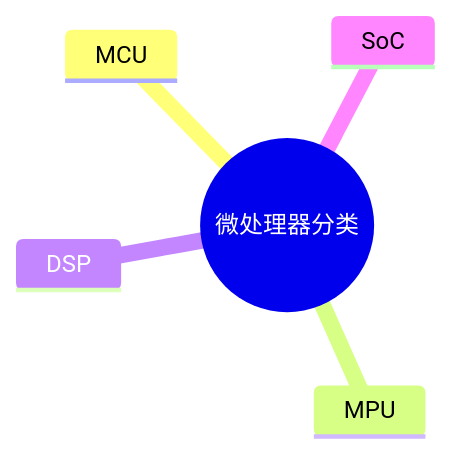
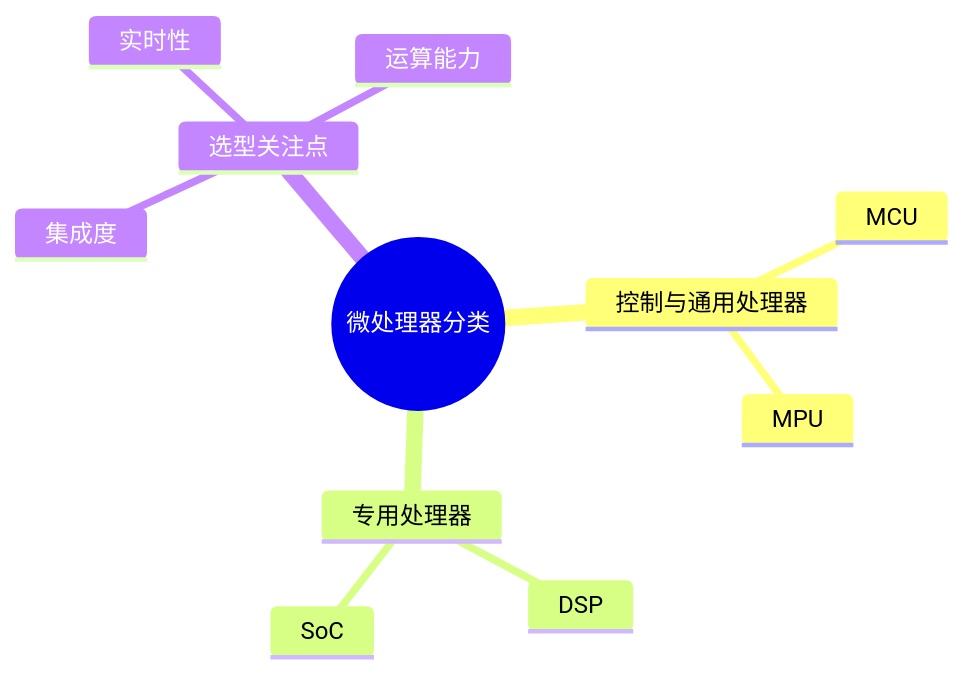
One commit to skylonely/sgao-website changed the first of 2 diagrams in docs/ruankao/system-architect/chapters/chapter-04/03-microprocessor-classification.md. Above: the diagram before and after it, drawn with Mermaid. The commit also changed 39 other files, not shown here.

Commit message:
fix: Mermaid 思维导图

````diff
--- a/docs/ruankao/system-architect/chapters/chapter-04/03-microprocessor-classification.md
+++ b/docs/ruankao/system-architect/chapters/chapter-04/03-microprocessor-classification.md
@@ -34,8 +34,14 @@
 ```mermaid
 mindmap
   root((微处理器分类))
-    MCU
-    MPU
-    DSP
-    SoC
+    控制与通用处理器
+      MCU
+      MPU
+    专用处理器
+      DSP
+      SoC
+    选型关注点
+      集成度
+      实时性
+      运算能力
 ```
````
